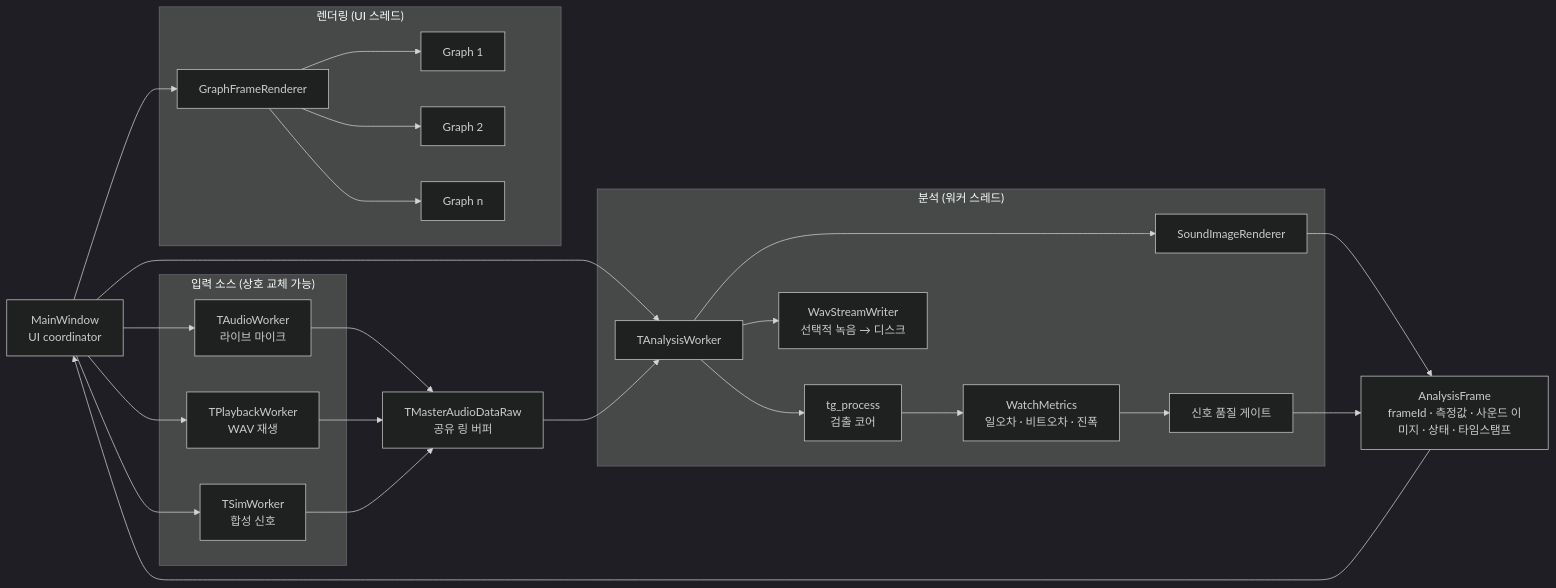
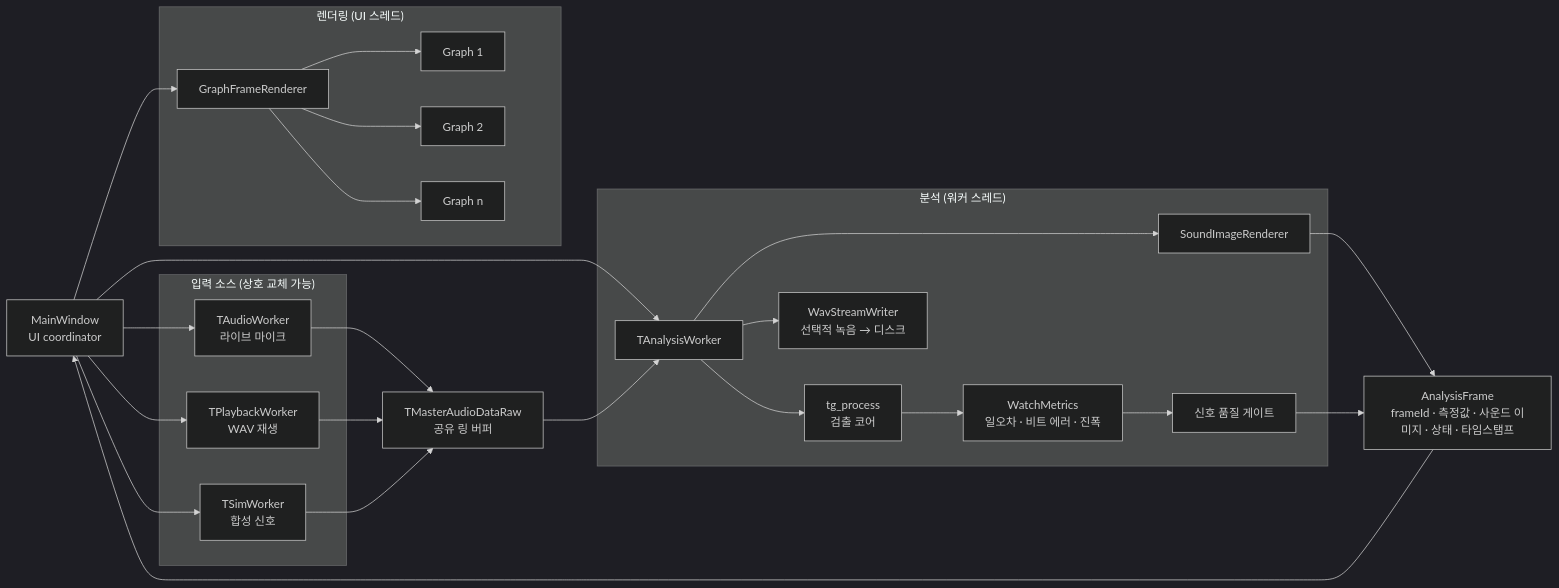
Before and after one commit to lgcmu2026-team5/TimeGrapher-Docs: the diagram in Milestone1/Presentation/ko/Milestone1_5-Architectural-Approaches.md, drawn with Mermaid (dark theme). The commit also changed other lines of this file and 1 other file, not shown here.

````diff
--- a/Milestone1/Presentation/ko/Milestone1_5-Architectural-Approaches.md
+++ b/Milestone1/Presentation/ko/Milestone1_5-Architectural-Approaches.md
@@ -9,54 +11,54 @@
 ```mermaid
 flowchart LR
     MW[MainWindow<br/>UI coordinator]
 
     subgraph Input["입력 소스 (상호 교체 가능)"]
         AW[TAudioWorker<br/>라이브 마이크]
         PW[TPlaybackWorker<br/>WAV 재생]
         SW[TSimWorker<br/>합성 신호]
     end
 
     BUF[TMasterAudioDataRaw<br/>공유 링 버퍼]
 
     subgraph Analysis["분석 (워커 스레드)"]
         AN[TAnalysisWorker]
         TG[tg_process<br/>검출 코어]
-        WM[WatchMetrics<br/>일오차 · 비트오차 · 진폭]
+        WM[WatchMetrics<br/>일오차 · 비트 에러 · 진폭]
         QG[신호 품질 게이트]
         SR[SoundImageRenderer]
         WAV[WavStreamWriter<br/>선택적 녹음 → 디스크]
     end
 
     DTO[AnalysisFrame<br/>frameId · 측정값 · 사운드 이미지 · 상태 · 타임스탬프]
 
     subgraph Render["렌더링 (UI 스레드)"]
         GR[GraphFrameRenderer]
         G1[Graph 1]
         G2[Graph 2]
         GN[Graph n]
     end
 
     AW --> BUF
     PW --> BUF
     SW --> BUF
 
     MW --> AW
     MW --> PW
     MW --> SW
     MW --> AN
 
     BUF --> AN
     AN --> TG
     TG --> WM
     WM --> QG
     AN --> SR
     SR --> DTO
     AN --> WAV
     QG --> DTO
 
     DTO --> MW
     MW --> GR
     GR --> G1
     GR --> G2
     GR --> GN
 ```
````
